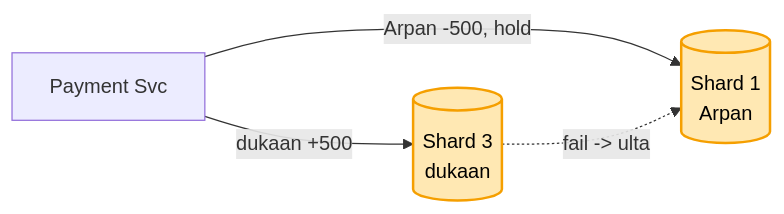
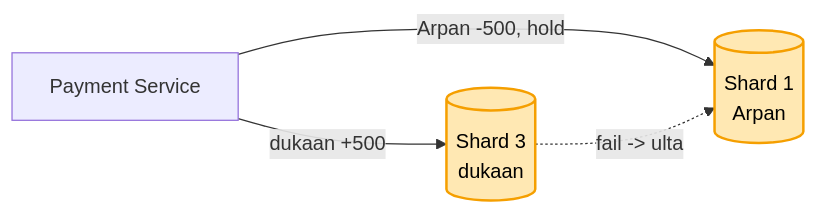
Before and after one commit to ArpanMaheshwari144/Prep: the sixth of 6 diagrams in 04_HLD/SYSTEM_DESIGNS/06_payment_system/06_payment_system.md, drawn with Mermaid. The commit also changed other lines of this file and 8 other files, not shown here.

````diff
--- a/04_HLD/SYSTEM_DESIGNS/06_payment_system/06_payment_system.md
+++ b/04_HLD/SYSTEM_DESIGNS/06_payment_system/06_payment_system.md
@@ -272,8 +272,8 @@
 ```mermaid
 flowchart LR
-    S["Payment Svc"] -- "Arpan -500, hold" --> S1[("Shard 1<br/>Arpan")]
+    S["Payment Service"] -- "Arpan -500, hold" --> S1[("Shard 1<br/>Arpan")]
     S -- "dukaan +500" --> S3[("Shard 3<br/>dukaan")]
     S3 -. "fail -> ulta" .-> S1
     style S1 fill:#ffe8b3,stroke:#f59f00,stroke-width:2px,color:#000
     style S3 fill:#ffe8b3,stroke:#f59f00,stroke-width:2px,color:#000
 ```
````
